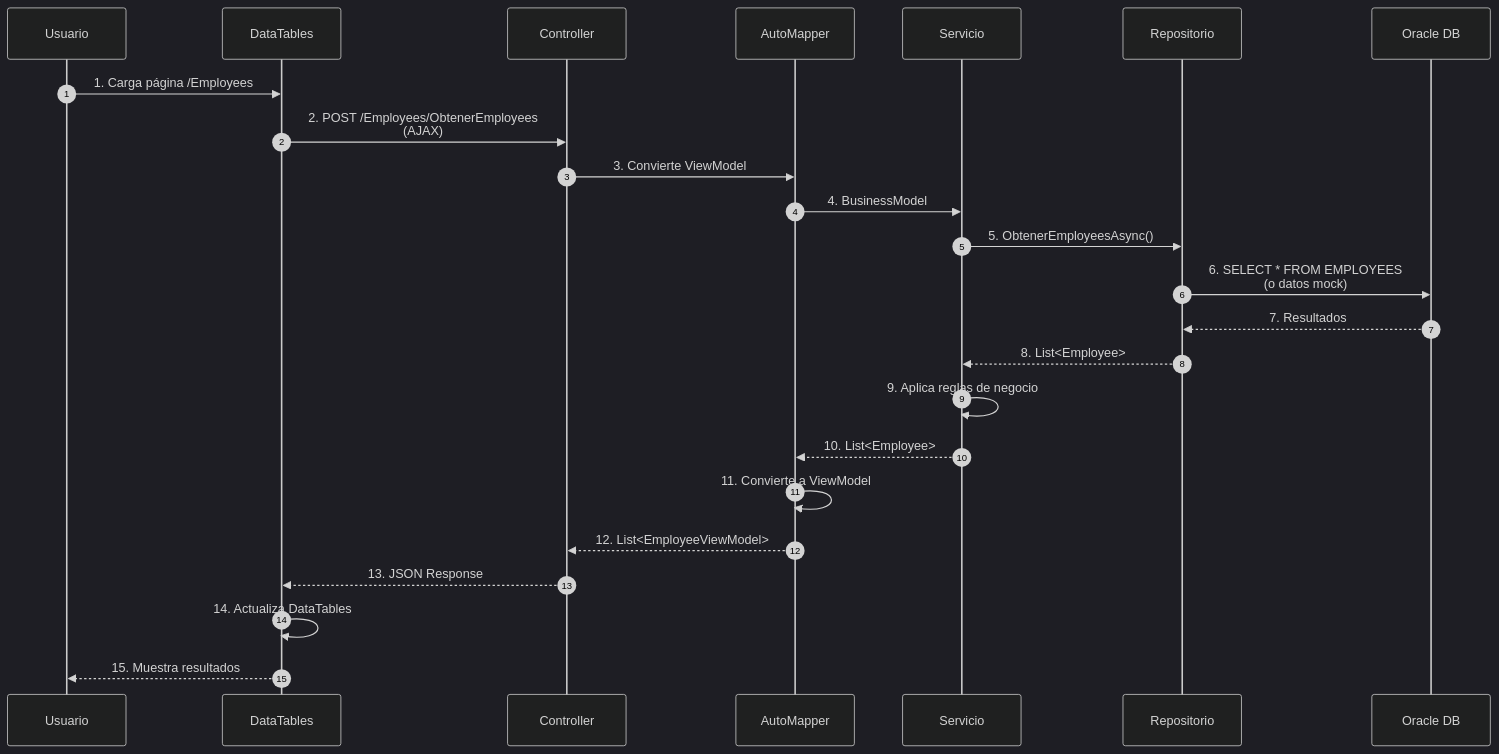
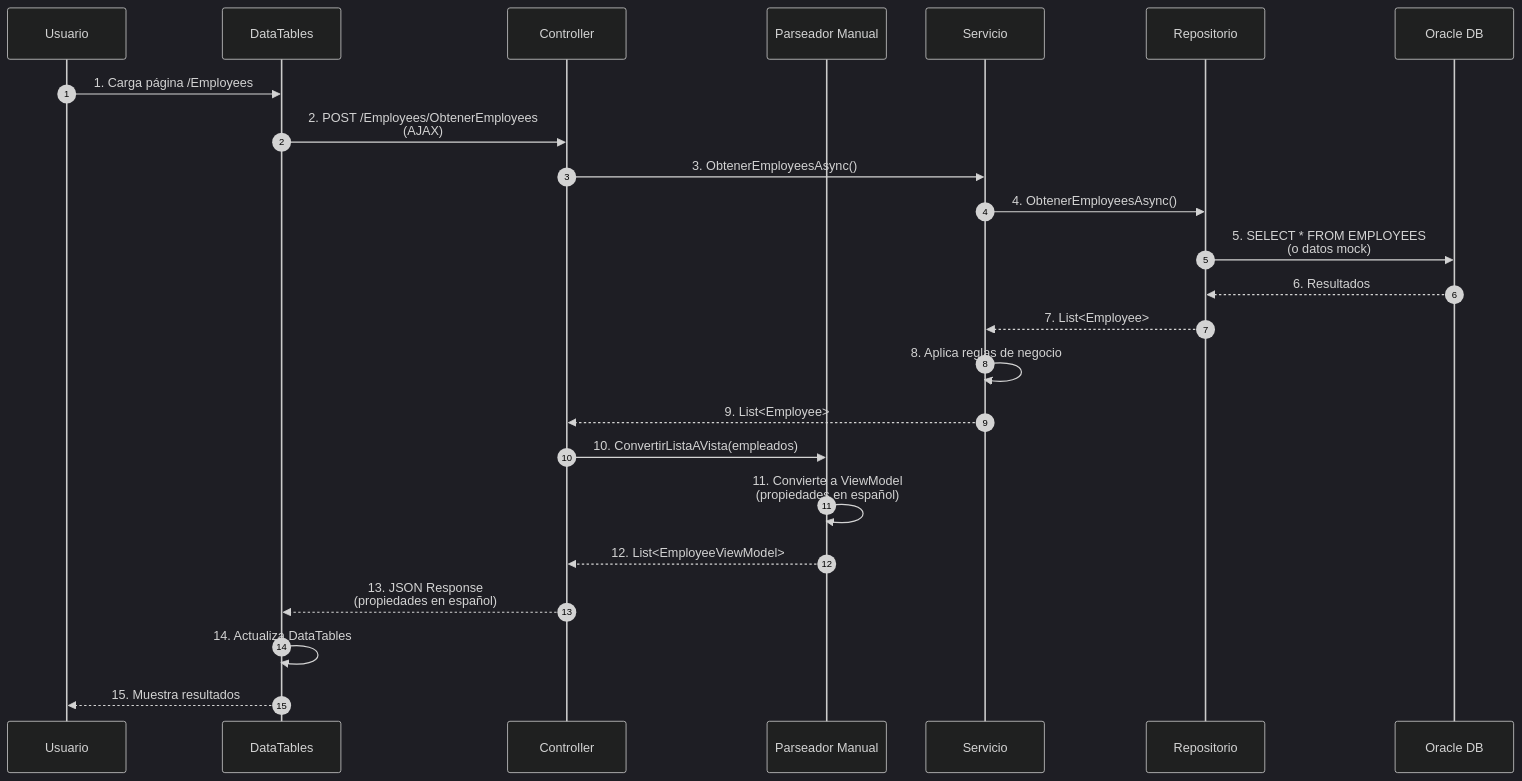
Before and after one commit to alejandro3469/AdministracionFlotillas: the second of 8 diagrams in docs/ARQUITECTURA.md, drawn with Mermaid (dark theme). The commit also changed other lines of this file and 4 other files, not shown here.

First line of the commit message:
Docs: actualizar documentación para reflejar parseador manual y ViewModels en español

````diff
--- a/docs/ARQUITECTURA.md
+++ b/docs/ARQUITECTURA.md
@@ -54,27 +54,27 @@
 ```mermaid
 sequenceDiagram
     autonumber
     participant U as Usuario
     participant DT as DataTables
     participant C as Controller
-    participant P as AutoMapper
+    participant P as Parseador Manual
     participant S as Servicio
     participant R as Repositorio
     participant O as Oracle DB
     
     U->>DT: 1. Carga página /Employees
     DT->>C: 2. POST /Employees/ObtenerEmployees<br/>(AJAX)
-    C->>P: 3. Convierte ViewModel
-    P->>S: 4. BusinessModel
-    S->>R: 5. ObtenerEmployeesAsync()
-    R->>O: 6. SELECT * FROM EMPLOYEES<br/>(o datos mock)
-    O-->>R: 7. Resultados
-    R-->>S: 8. List<Employee>
-    S->>S: 9. Aplica reglas de negocio
-    S-->>P: 10. List<Employee>
-    P->>P: 11. Convierte a ViewModel
+    C->>S: 3. ObtenerEmployeesAsync()
+    S->>R: 4. ObtenerEmployeesAsync()
+    R->>O: 5. SELECT * FROM EMPLOYEES<br/>(o datos mock)
+    O-->>R: 6. Resultados
+    R-->>S: 7. List<Employee>
+    S->>S: 8. Aplica reglas de negocio
+    S-->>C: 9. List<Employee>
+    C->>P: 10. ConvertirListaAVista(empleados)
+    P->>P: 11. Convierte a ViewModel<br/>(propiedades en español)
     P-->>C: 12. List<EmployeeViewModel>
-    C-->>DT: 13. JSON Response
+    C-->>DT: 13. JSON Response<br/>(propiedades en español)
     DT->>DT: 14. Actualiza DataTables
     DT-->>U: 15. Muestra resultados
 ```
````
